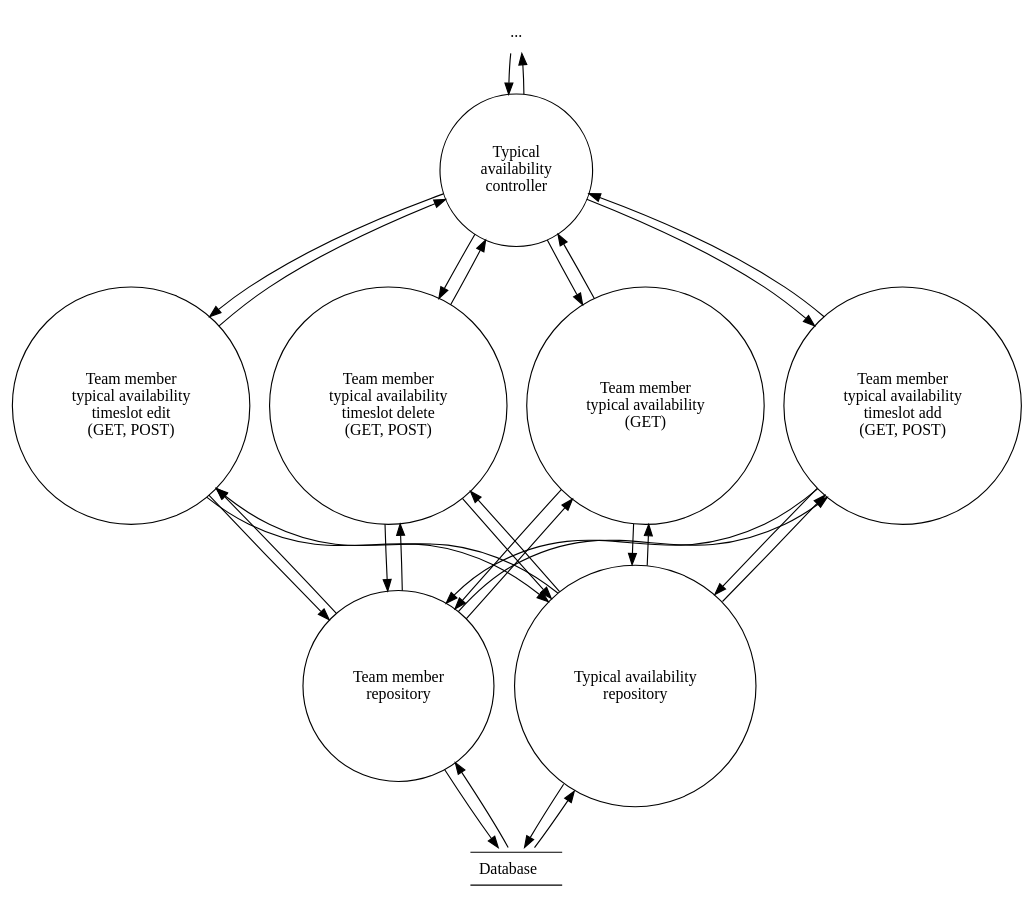
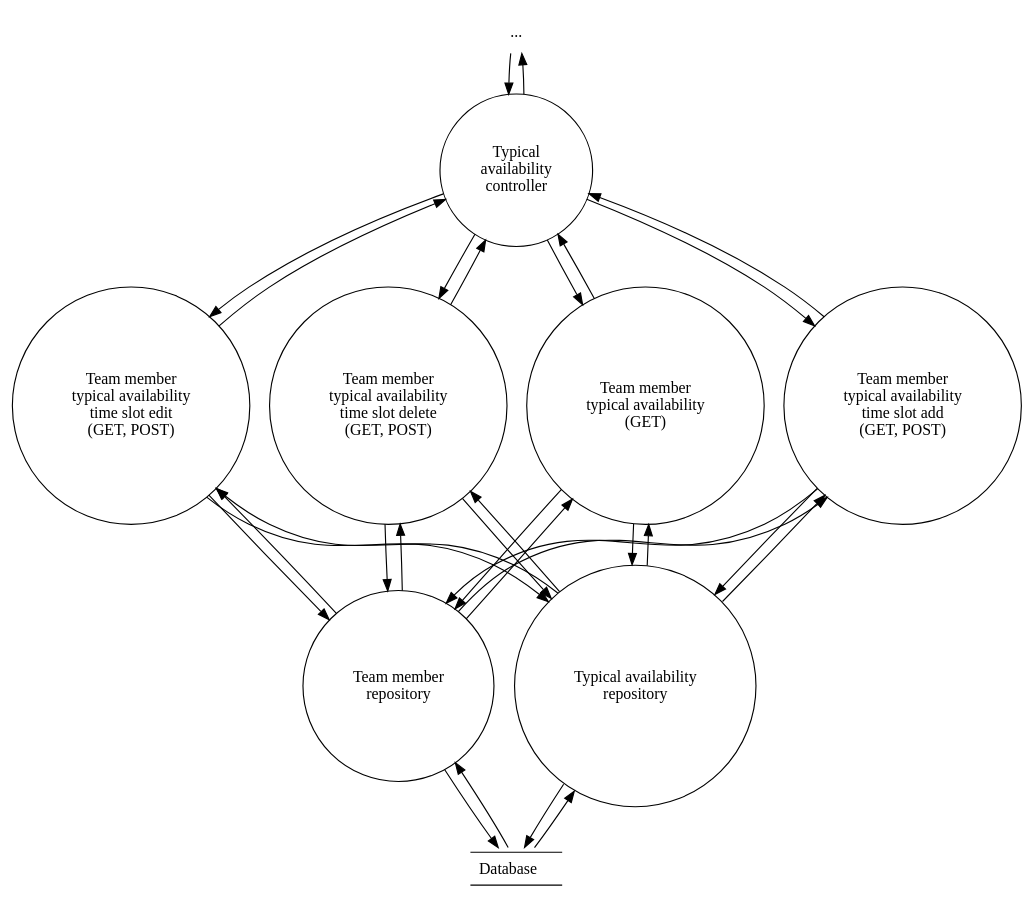
One commit to luke-hamann/stc-cis-248 changed the diagram in design/data_flow_diagrams/level_3.3_typical_availability.dot. Above: the diagram before and after it, drawn with Graphviz. The commit also changed 3 other files, not shown here.

```diff
--- a/design/data_flow_diagrams/level_3.3_typical_availability.dot
+++ b/design/data_flow_diagrams/level_3.3_typical_availability.dot
@@ -1,60 +1,60 @@
 digraph data_flow_diagram {
     node [ shape = circle ]
     
     "..." [ shape = none ]
     
     "..." -> "Typical\navailability\ncontroller" -> "..."
 
     subgraph actions {
         rank = same
         
         "Team member\ntypical availability\n(GET)"
-        "Team member\ntypical availability\ntimeslot add\n(GET, POST)"
-        "Team member\ntypical availability\ntimeslot edit\n(GET, POST)"
-        "Team member\ntypical availability\ntimeslot delete\n(GET, POST)"
+        "Team member\ntypical availability\ntime slot add\n(GET, POST)"
+        "Team member\ntypical availability\ntime slot edit\n(GET, POST)"
+        "Team member\ntypical availability\ntime slot delete\n(GET, POST)"
     }
     
     "Typical\navailability\ncontroller" -> {
         "Team member\ntypical availability\n(GET)"
-        "Team member\ntypical availability\ntimeslot add\n(GET, POST)"
-        "Team member\ntypical availability\ntimeslot edit\n(GET, POST)"
-        "Team member\ntypical availability\ntimeslot delete\n(GET, POST)"
+        "Team member\ntypical availability\ntime slot add\n(GET, POST)"
+        "Team member\ntypical availability\ntime slot edit\n(GET, POST)"
+        "Team member\ntypical availability\ntime slot delete\n(GET, POST)"
     } -> "Typical\navailability\ncontroller"
     
     subgraph repositories {
         rank = same
         
         "Team member\nrepository"
         "Typical availability\nrepository"
     }
     
     {
         "Team member\nrepository"
         "Typical availability\nrepository"
     }
     ->
     {
         "Team member\ntypical availability\n(GET)"
-        "Team member\ntypical availability\ntimeslot add\n(GET, POST)"
-        "Team member\ntypical availability\ntimeslot edit\n(GET, POST)"
-        "Team member\ntypical availability\ntimeslot delete\n(GET, POST)"
+        "Team member\ntypical availability\ntime slot add\n(GET, POST)"
+        "Team member\ntypical availability\ntime slot edit\n(GET, POST)"
+        "Team member\ntypical availability\ntime slot delete\n(GET, POST)"
     }
     ->
     {
         "Team member\nrepository"
         "Typical availability\nrepository"
     }
     
     Database [
         label = <
             <TABLE BORDER="1" SIDES="TB" CELLBORDER="0" CELLPADDING="6" CELLSPACING="0">
                 <TR><TD>Database</TD></TR>
             </TABLE>
         >,
         shape = none ]
     
     Database -> {
         "Team member\nrepository"
         "Typical availability\nrepository"
     } -> Database
 }
```
